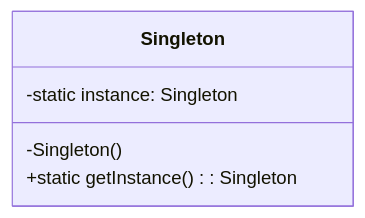
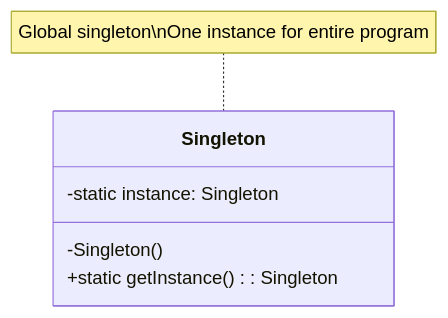
One commit to wramet/build-my-cfd changed the first of 3 diagrams in MODULE_10_CFD_ENGINE_DEVELOPMENT/CONTENT/02_ADVANCED_PATTERNS/03_Singleton_MeshObject.md. Above: the diagram before and after it, drawn with Mermaid. The commit also changed other lines of this file and 203 other files, not shown here.

````diff
--- a/MODULE_10_CFD_ENGINE_DEVELOPMENT/CONTENT/02_ADVANCED_PATTERNS/03_Singleton_MeshObject.md
+++ b/MODULE_10_CFD_ENGINE_DEVELOPMENT/CONTENT/02_ADVANCED_PATTERNS/03_Singleton_MeshObject.md
@@ -27,8 +54,9 @@
 ```mermaid
 classDiagram
     class Singleton {
         -static instance: Singleton
         -Singleton()
         +static getInstance(): Singleton
     }
+    note for Singleton "Global singleton\nOne instance for entire program"
 ```
````
